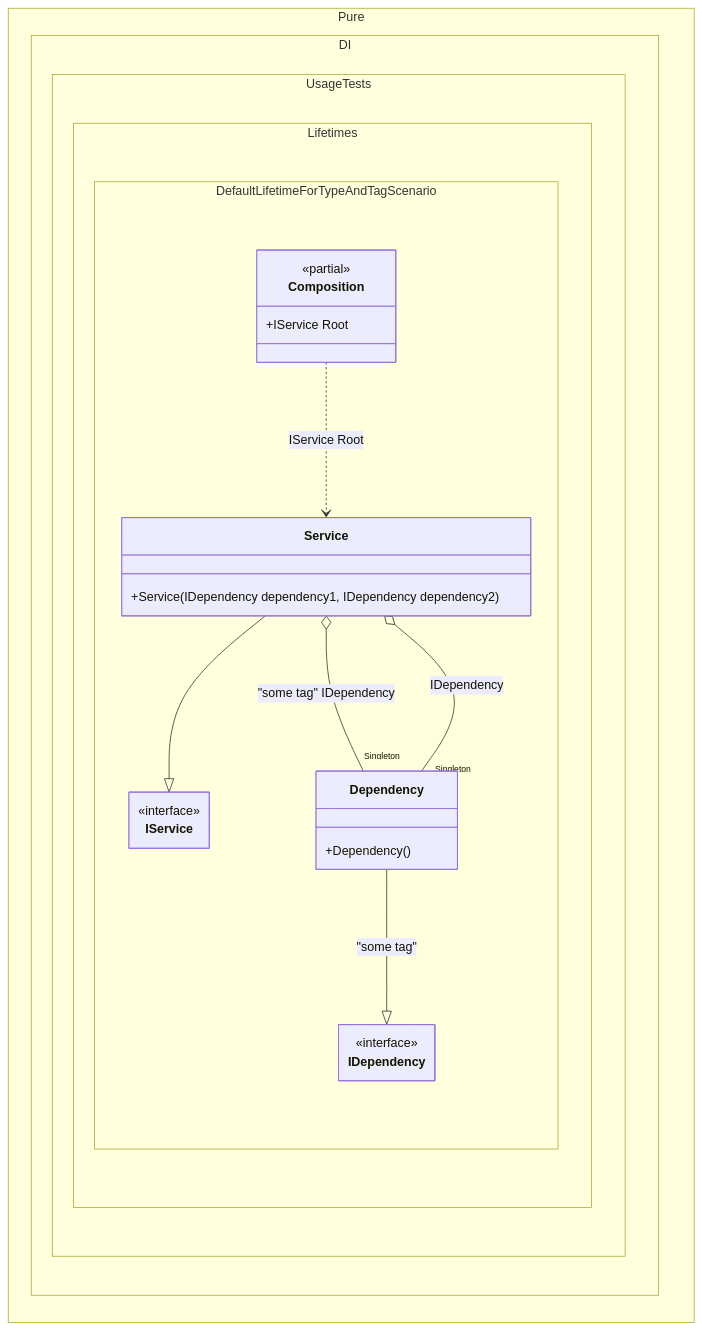
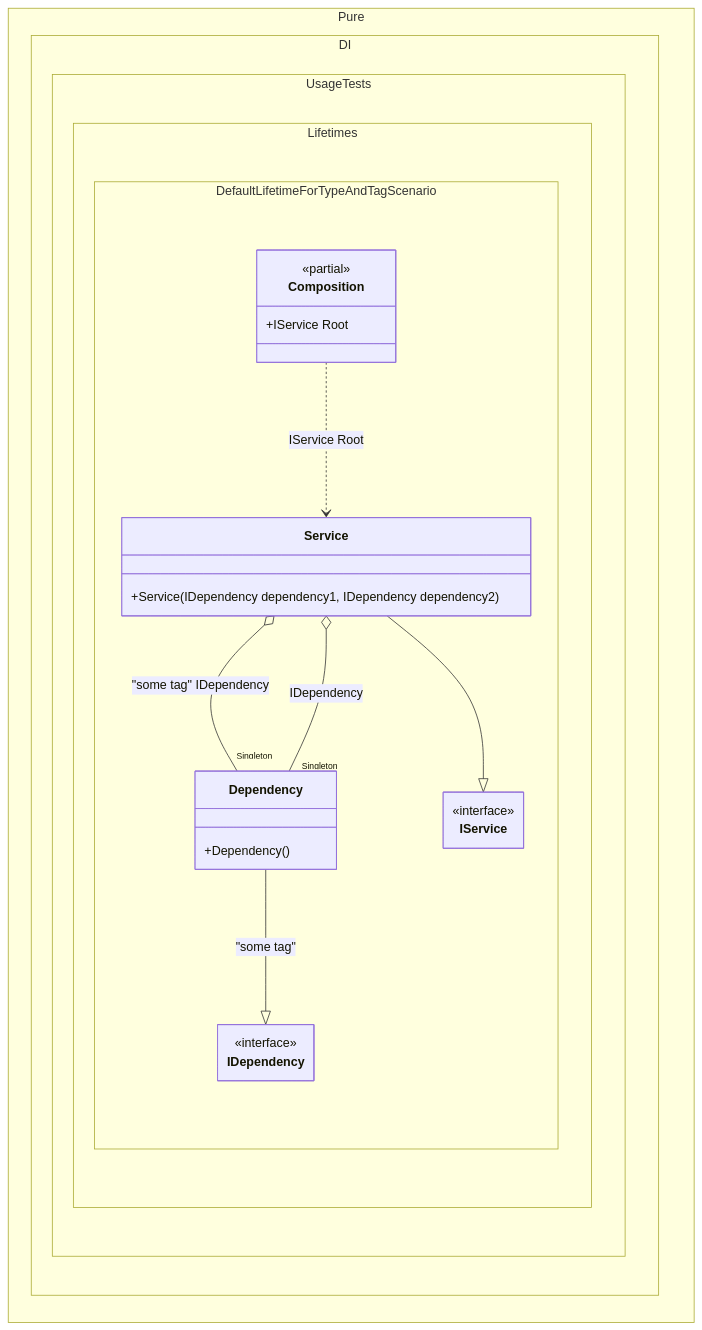
One commit to DevTeam/Pure.DI changed the diagram in readme/default-lifetime-for-a-type-and-a-tag.md. Above: the diagram before and after it, drawn with Mermaid. The commit also changed other lines of this file and 113 other files, not shown here.

````diff
--- a/readme/default-lifetime-for-a-type-and-a-tag.md
+++ b/readme/default-lifetime-for-a-type-and-a-tag.md
@@ -136,31 +136,31 @@
 ```mermaid
 ---
  config:
   class:
    hideEmptyMembersBox: true
 ---
 classDiagram
+	Dependency --|> IDependency : "some tag" 
 	Service --|> IService
-	Dependency --|> IDependency : "some tag" 
 	Composition ..> Service : IService Root
 	Service o-- "Singleton" Dependency : "some tag"  IDependency
 	Service o-- "Singleton" Dependency : IDependency
 	namespace Pure.DI.UsageTests.Lifetimes.DefaultLifetimeForTypeAndTagScenario {
 		class Composition {
 		<<partial>>
 		+IService Root
 		}
 		class Dependency {
 			+Dependency()
 		}
 		class IDependency {
 			<<interface>>
 		}
 		class IService {
 			<<interface>>
 		}
 		class Service {
 			+Service(IDependency dependency1, IDependency dependency2)
 		}
 	}
 ```
````
